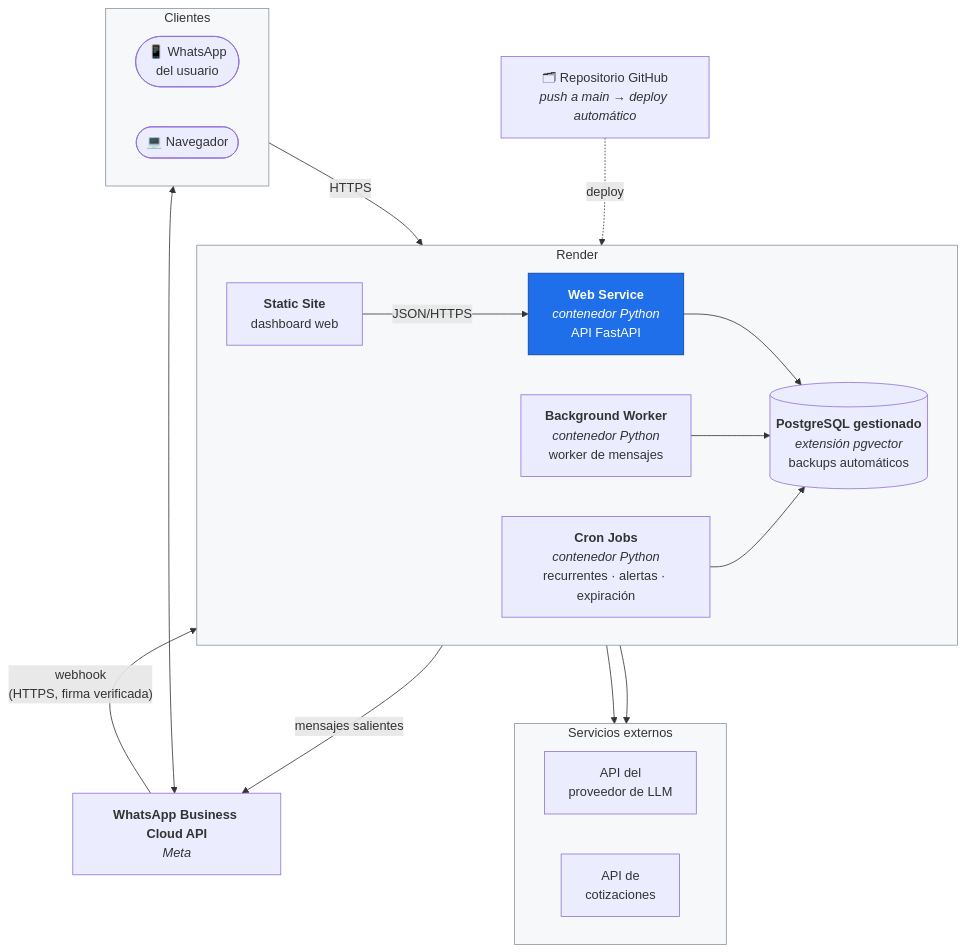
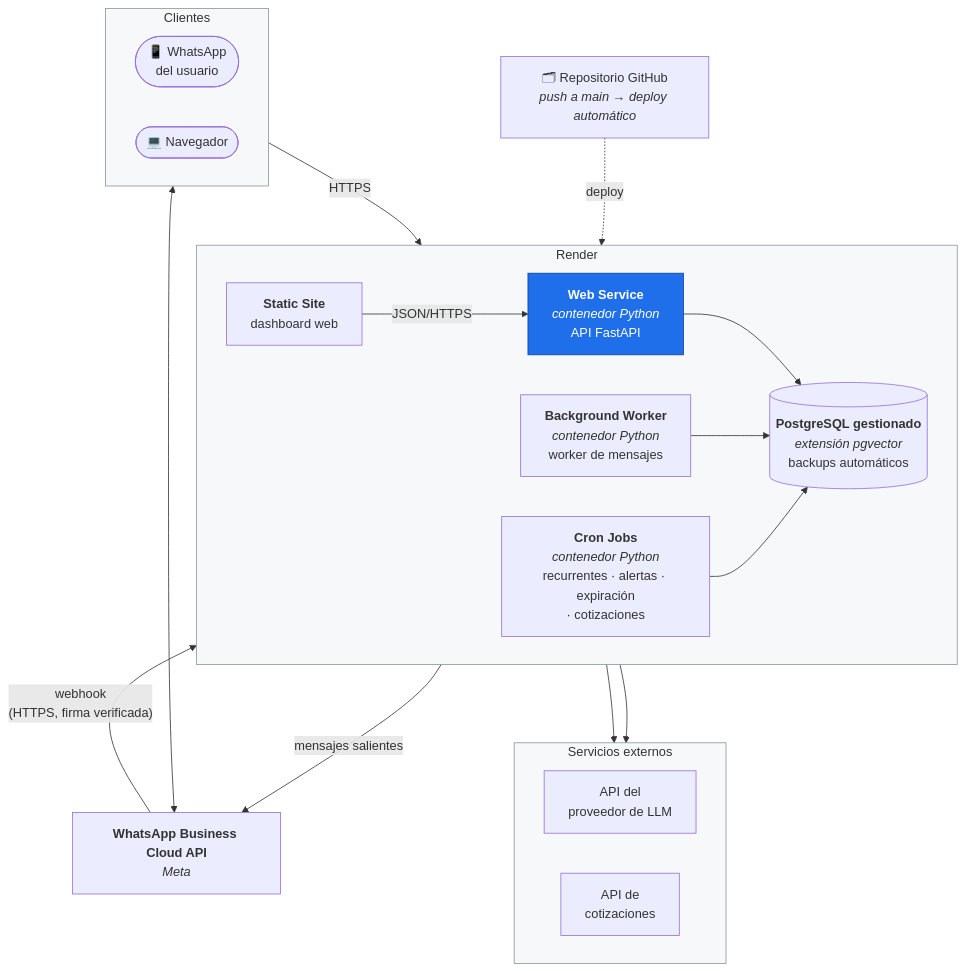
Before and after one commit to verozacarias-prog/AI4Devs-finalproject: the fourth of 4 diagrams in docs/02-arquitectura.md, drawn with Mermaid. The commit also changed other lines of this file and 7 other files, not shown here.

````diff
--- a/docs/02-arquitectura.md
+++ b/docs/02-arquitectura.md
@@ -195,43 +197,43 @@
 ```mermaid
 flowchart TB
     subgraph CLIENTES["Clientes"]
         direction LR
         PHONE(["📱 WhatsApp<br/>del usuario"])
         BROWSER(["💻 Navegador"])
     end
 
     DEV["🗂 Repositorio GitHub<br/><i>push a main → deploy automático</i>"]
     WACLOUD["<b>WhatsApp Business Cloud API</b><br/><i>Meta</i>"]
 
     subgraph RENDER["Render"]
         direction LR
         STATIC["<b>Static Site</b><br/>dashboard web"]
         WEBSVC["<b>Web Service</b><br/><i>contenedor Python</i><br/>API FastAPI"]
         BGW["<b>Background Worker</b><br/><i>contenedor Python</i><br/>worker de mensajes"]
-        CRON["<b>Cron Jobs</b><br/><i>contenedor Python</i><br/>recurrentes · alertas · expiración"]
+        CRON["<b>Cron Jobs</b><br/><i>contenedor Python</i><br/>recurrentes · alertas · expiración<br/>· cotizaciones"]
         PG[("<b>PostgreSQL gestionado</b><br/><i>extensión pgvector</i><br/>backups automáticos")]
     end
 
     subgraph EXT["Servicios externos"]
         direction LR
         LLMAPI["API del<br/>proveedor de LLM"]
         FXAPI["API de<br/>cotizaciones"]
     end
 
     PHONE <--> WACLOUD
     BROWSER -->|"HTTPS"| STATIC
     DEV -.->|"deploy"| RENDER
     WACLOUD -->|"webhook<br/>(HTTPS, firma verificada)"| WEBSVC
     BGW -->|"mensajes salientes"| WACLOUD
     STATIC -->|"JSON/HTTPS"| WEBSVC
     WEBSVC --> PG
     BGW --> PG
     BGW --> LLMAPI
     CRON --> PG
-    WEBSVC --> FXAPI
+    CRON --> FXAPI
 
     style WEBSVC fill:#1f6feb,stroke:#0d419d,color:#fff
     style RENDER fill:#f6f8fa,stroke:#8b949e
     style EXT fill:#f6f8fa,stroke:#8b949e
     style CLIENTES fill:#f6f8fa,stroke:#8b949e
 ```
````
